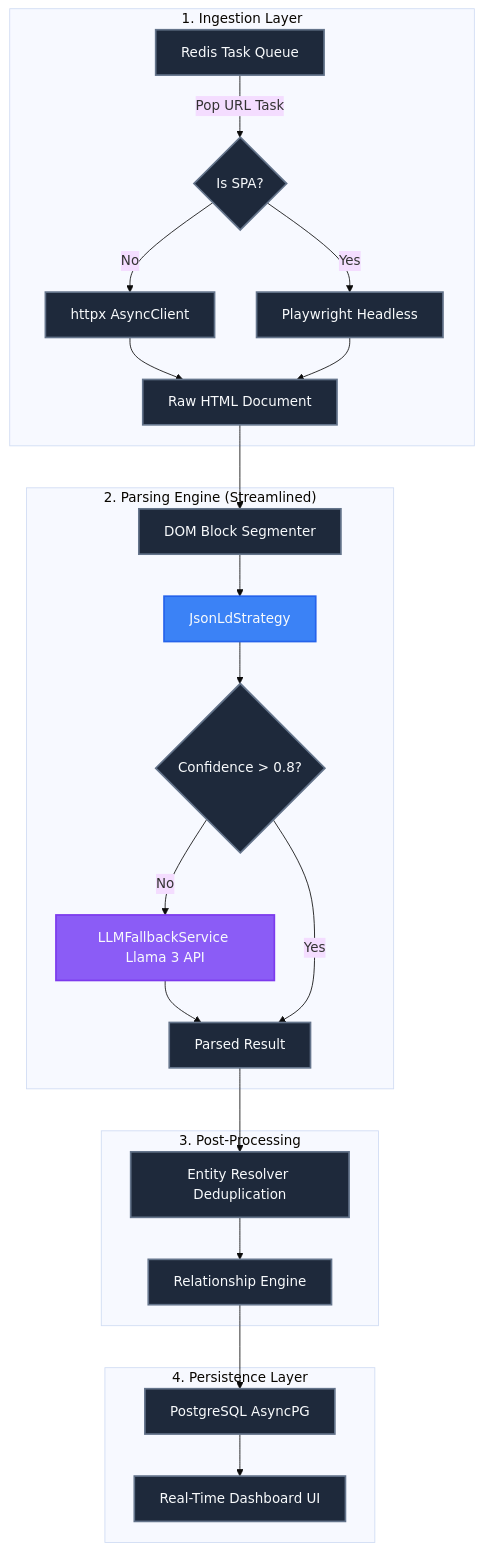
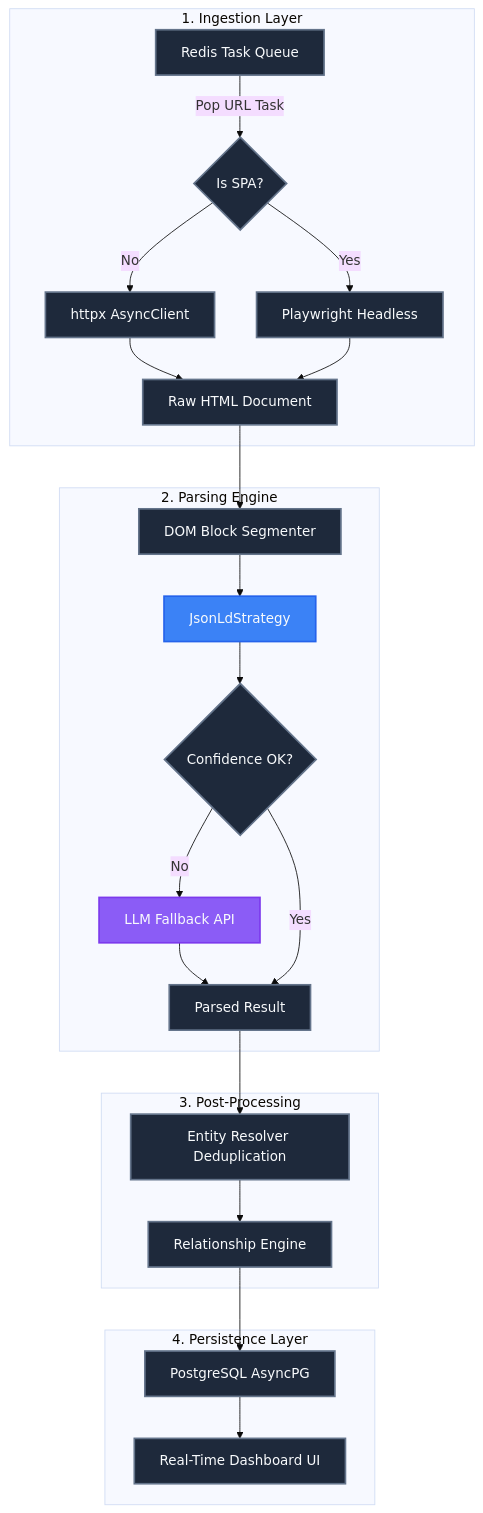
The diagram in docs/pipeline_architecture.md (mostlyunstable/competitor-intelligence-engine), drawn with Mermaid (base theme) before and after one commit.

Commit message:
docs: Fix mermaid diagram syntax for GitHub rendering

````diff
--- a/docs/pipeline_architecture.md
+++ b/docs/pipeline_architecture.md
@@ -5,37 +5,37 @@
 ```mermaid
 graph TD
-    subgraph "1. Ingestion Layer"
+    subgraph Ingestion_Layer [1. Ingestion Layer]
         A[Redis Task Queue] -->|Pop URL Task| B{Is SPA?}
         B -->|No| C[httpx AsyncClient]
         B -->|Yes| D[Playwright Headless]
         C --> E[Raw HTML Document]
         D --> E
     end
 
-    subgraph "2. Parsing Engine (Streamlined)"
+    subgraph Parsing_Engine [2. Parsing Engine]
         E --> F[DOM Block Segmenter]
         F --> G[JsonLdStrategy]
-        G --> H{Confidence > 0.8?}
+        G --> H{Confidence OK?}
         
-        H -->|No| I[LLMFallbackService Llama 3 API]
+        H -->|No| I[LLM Fallback API]
         I --> J[Parsed Result]
         H -->|Yes| J
     end
 
-    subgraph "3. Post-Processing"
+    subgraph Post_Processing [3. Post-Processing]
         J --> K[Entity Resolver Deduplication]
         K --> L[Relationship Engine]
     end
 
-    subgraph "4. Persistence Layer"
+    subgraph Persistence_Layer [4. Persistence Layer]
         L --> M[PostgreSQL AsyncPG]
         M --> N[Real-Time Dashboard UI]
     end
 
     classDef default fill:#1E293B,stroke:#64748B,stroke-width:2px,color:#F8FAFC;
     classDef highlight fill:#3B82F6,stroke:#2563EB,color:#F8FAFC;
     classDef ai fill:#8B5CF6,stroke:#7C3AED,color:#F8FAFC;
     
     class I ai;
     class G highlight;
 ```
````
